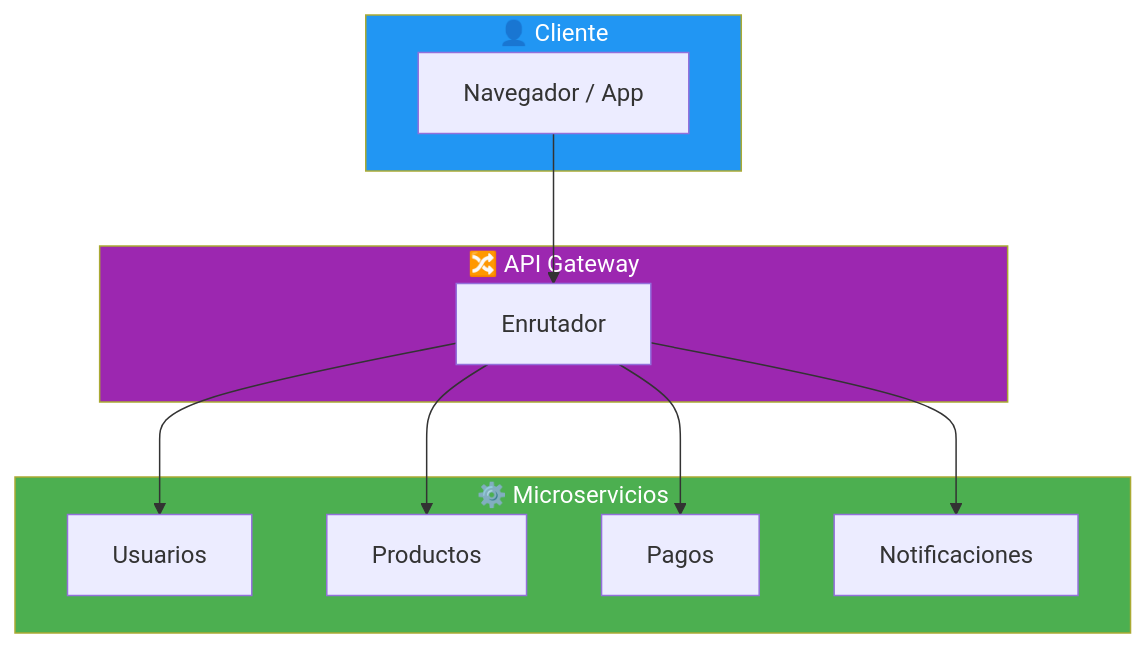
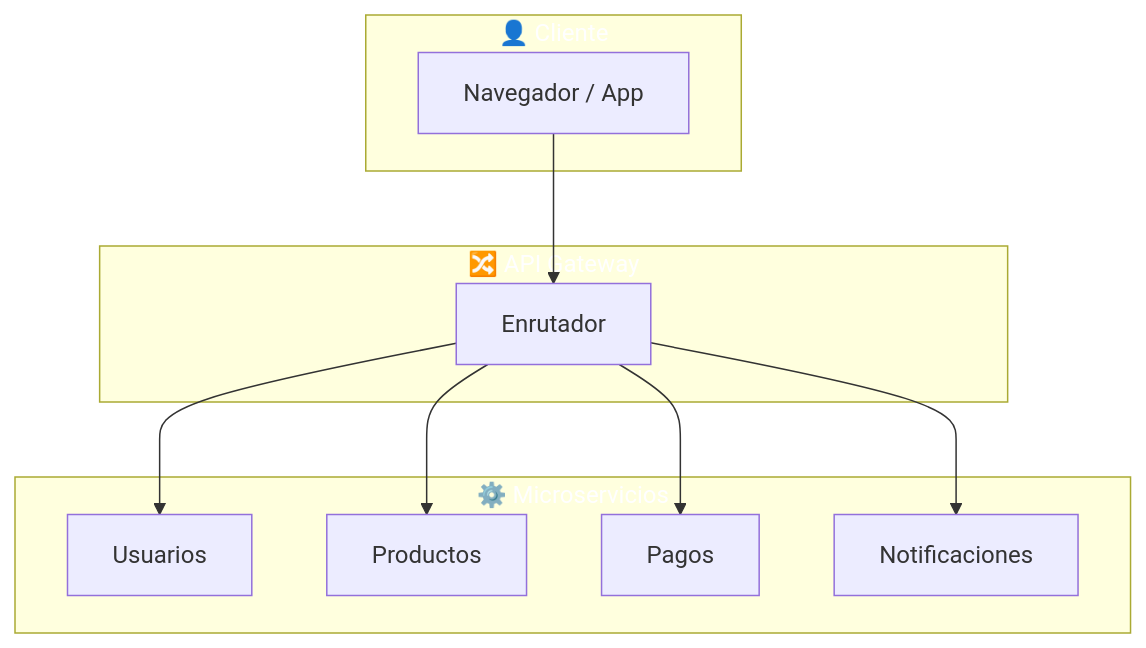
Before and after one commit to joseluisgs/DesarrolloWebEntornosServidor-01-2026-2027: the fourth of 5 diagrams in 03-arquitecturas-web.md, drawn with Mermaid. The commit also changed other lines of this file and 66 other files, not shown here.

First line of the commit message:
fix: normalizar titulos al castellano de frase y corregir la paleta de mermaid

````diff
--- a/03-arquitecturas-web.md
+++ b/03-arquitecturas-web.md
@@ -92,27 +92,27 @@
 ```mermaid
 graph TD
     subgraph CLIENTE["👤 Cliente"]
         A["Navegador / App"]
     end
 
     subgraph API_GATEWAY["🔀 API Gateway"]
         B["Enrutador"]
     end
 
     subgraph MICROSERVICIOS["⚙️ Microservicios"]
         C["Usuarios"]
         D["Productos"]
         E["Pagos"]
         F["Notificaciones"]
     end
 
     A --> B
     B --> C
     B --> D
     B --> E
     B --> F
 
-    style CLIENTE fill:#2196F3,color:#fff
-    style API_GATEWAY fill:#9C27B0,color:#fff
-    style MICROSERVICIOS fill:#4CAF50,color:#fff
+    style CLIENTE fill:#2196F,color:#fff3,color:#fff
+    style API_GATEWAY fill:#9C27B,color:#fff0,color:#fff
+    style MICROSERVICIOS fill:#4CAF5,color:#fff0,color:#fff
 ```
````
